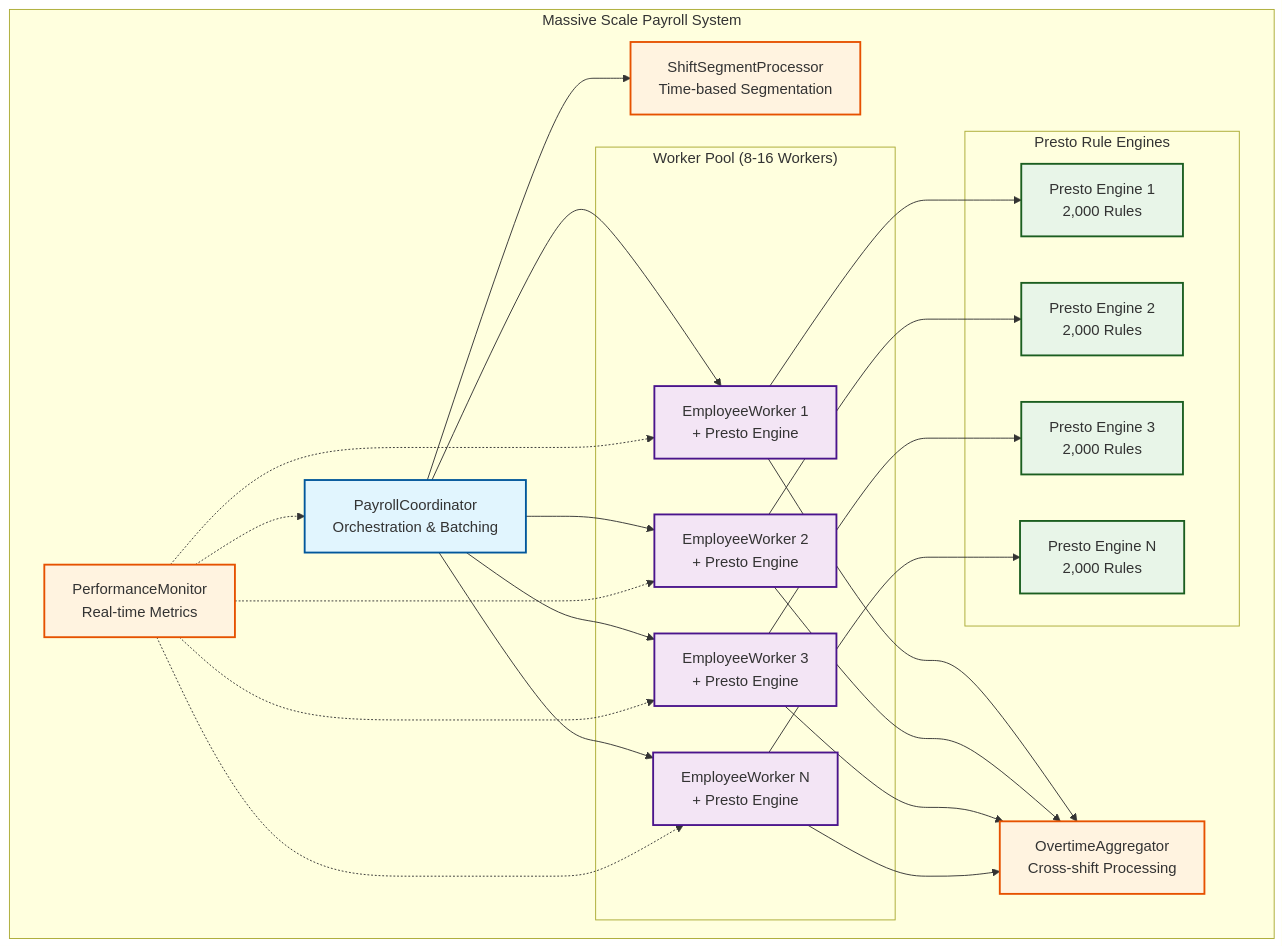
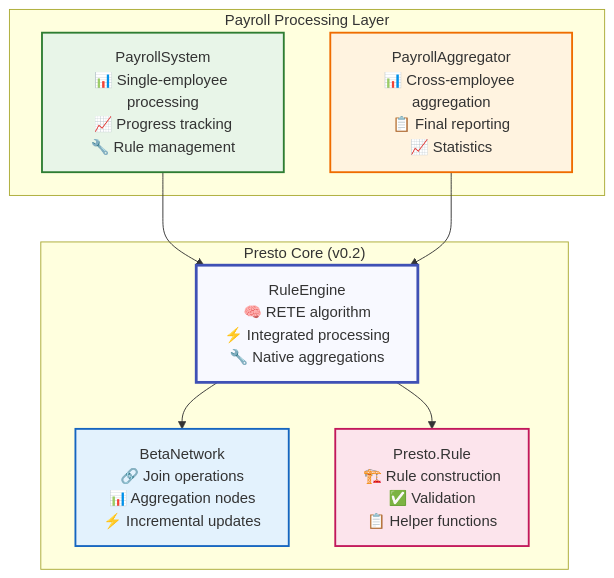
Before and after one commit to hl/presto: the diagram in examples/massive_scale_payroll/README.md, drawn with Mermaid. The commit also changed other lines of this file and 11 other files, not shown here.

First line of the commit message:
docs: update all markdown files for BSSN simplification and RETE-native aggregations

````diff
--- a/examples/massive_scale_payroll/README.md
+++ b/examples/massive_scale_payroll/README.md
@@ -14,55 +67,24 @@
 ```mermaid
 graph TB
-    subgraph "Massive Scale Payroll System"
-        PC[PayrollCoordinator<br/>Orchestration & Batching]
-        SSP[ShiftSegmentProcessor<br/>Time-based Segmentation]
-        PM[PerformanceMonitor<br/>Real-time Metrics]
-        OA[OvertimeAggregator<br/>Cross-shift Processing]
-        
-        subgraph "Worker Pool (8-16 Workers)"
-            EW1[EmployeeWorker 1<br/>+ Presto Engine]
-            EW2[EmployeeWorker 2<br/>+ Presto Engine]
-            EW3[EmployeeWorker 3<br/>+ Presto Engine]
-            EWN[EmployeeWorker N<br/>+ Presto Engine]
-        end
-        
-        subgraph "Presto Rule Engines"
-            PE1[Presto Engine 1<br/>2,000 Rules]
-            PE2[Presto Engine 2<br/>2,000 Rules]
-            PE3[Presto Engine 3<br/>2,000 Rules]
-            PEN[Presto Engine N<br/>2,000 Rules]
-        end
+    subgraph "Payroll Processing Layer"
+        PS["PayrollSystem<br/>📊 Single-employee processing<br/>📈 Progress tracking<br/>🔧 Rule management"]
+        PA["PayrollAggregator<br/>📊 Cross-employee aggregation<br/>📋 Final reporting<br/>📈 Statistics"]
     end
     
-    PC --> SSP
-    PC --> EW1
-    PC --> EW2
-    PC --> EW3
-    PC --> EWN
+    subgraph "Presto Core (v0.2)"
+        RE["RuleEngine<br/>🧠 RETE algorithm<br/>⚡ Integrated processing<br/>🔧 Native aggregations"]
+        BN["BetaNetwork<br/>🔗 Join operations<br/>📊 Aggregation nodes<br/>⚡ Incremental updates"]
+        PR["Presto.Rule<br/>🏗️ Rule construction<br/>✅ Validation<br/>📋 Helper functions"]
+    end
     
-    EW1 --> PE1
-    EW2 --> PE2
-    EW3 --> PE3
-    EWN --> PEN
+    PS --> RE
+    PA --> RE
+    RE --> BN
+    RE --> PR
     
-    EW1 --> OA
-    EW2 --> OA
-    EW3 --> OA
-    EWN --> OA
-    
-    PM -.-> PC
-    PM -.-> EW1
-    PM -.-> EW2
-    PM -.-> EW3
-    PM -.-> EWN
-    
-    classDef coordinator fill:#e1f5fe,stroke:#01579b,stroke-width:2px
-    classDef worker fill:#f3e5f5,stroke:#4a148c,stroke-width:2px
-    classDef presto fill:#e8f5e8,stroke:#1b5e20,stroke-width:2px
-    classDef monitor fill:#fff3e0,stroke:#e65100,stroke-width:2px
-    
-    class PC coordinator
-    class EW1,EW2,EW3,EWN worker
-    class PE1,PE2,PE3,PEN presto
-    class PM,SSP,OA monitor
+    style PS fill:#e8f5e8,stroke:#2e7d32,stroke-width:2px
+    style PA fill:#fff3e0,stroke:#ef6c00,stroke-width:2px
+    style RE fill:#f8f9ff,stroke:#3f51b5,stroke-width:3px
+    style BN fill:#e3f2fd,stroke:#1565c0,stroke-width:2px
+    style PR fill:#fce4ec,stroke:#c2185b,stroke-width:2px
 ```
````
